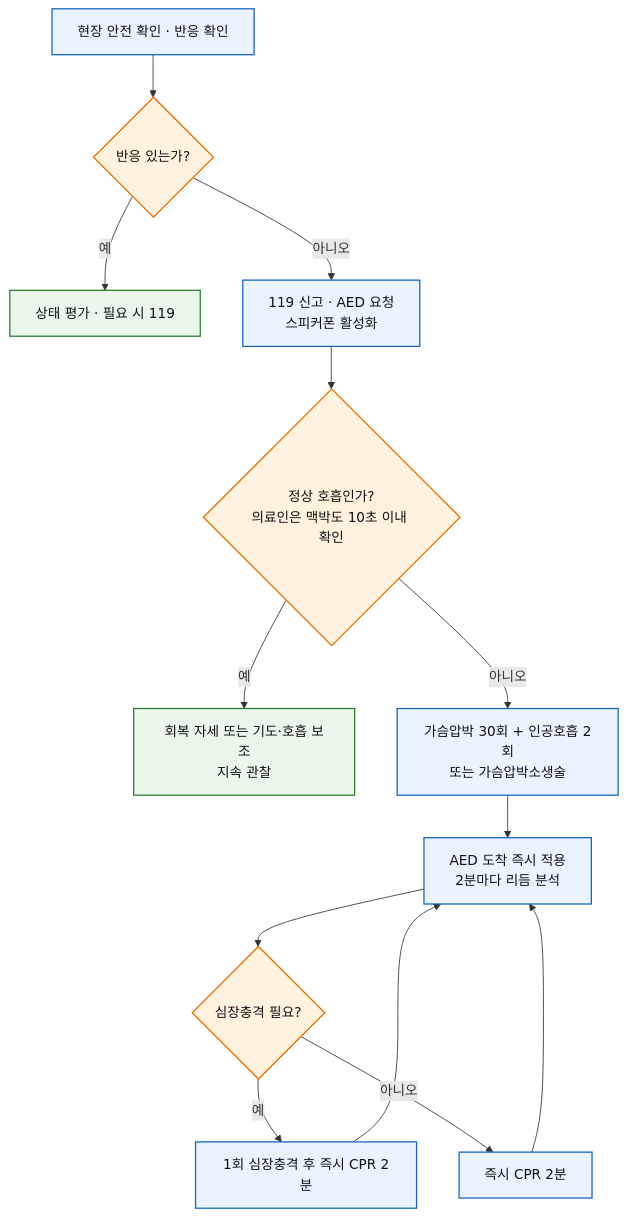
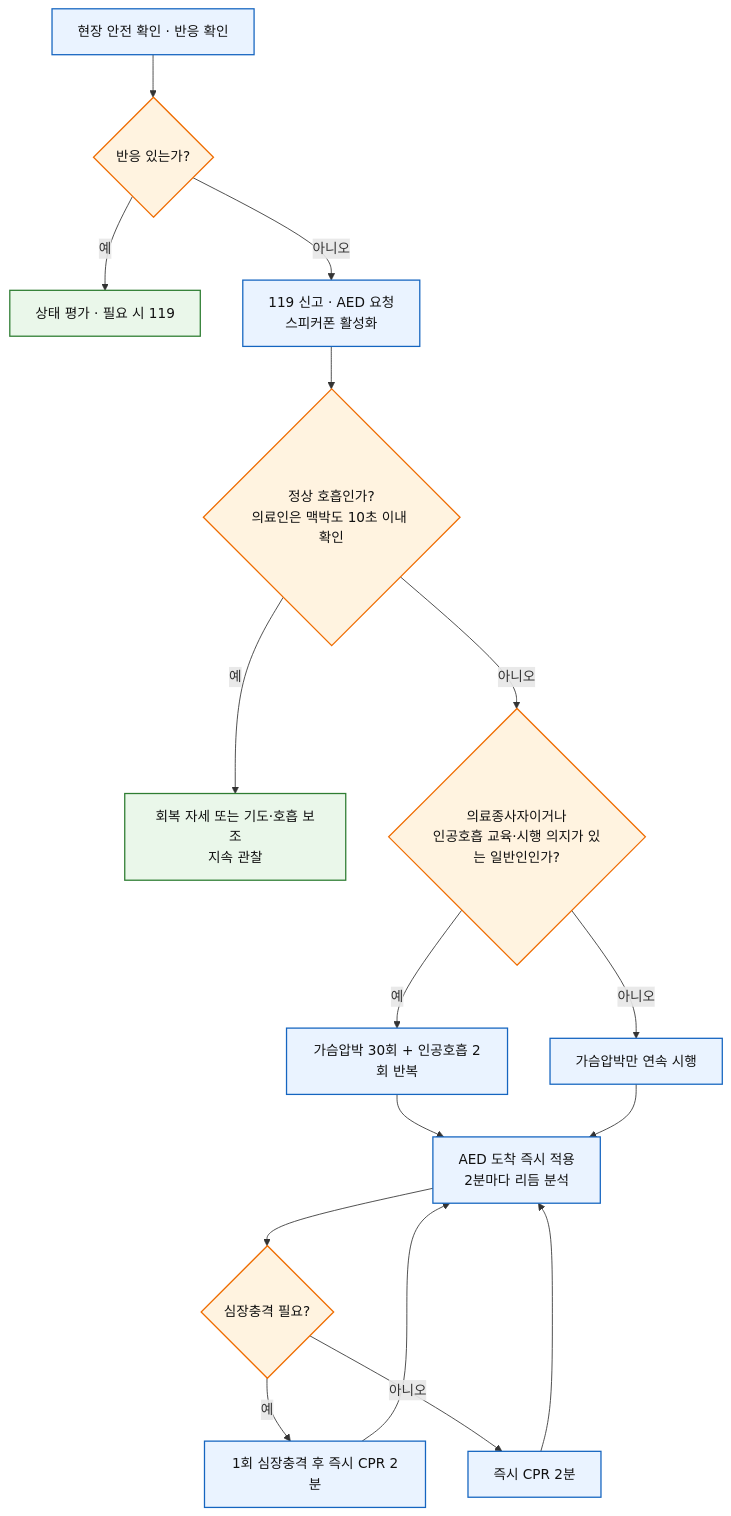
The first of 2 diagrams in 231_/211_1-cpr.md (familyoh77/familyoh77), drawn with Mermaid before and after one commit. The commit also changed other lines of this file, not shown here.

````diff
--- a/231_/211_1-cpr.md
+++ b/231_/211_1-cpr.md
@@ -64,22 +64,25 @@
 ```mermaid
 flowchart TD
     A["현장 안전 확인 · 반응 확인"] --> B{"반응 있는가?"}
     B -->|예| C["상태 평가 · 필요 시 119"]
     B -->|아니오| D["119 신고 · AED 요청<br/>스피커폰 활성화"]
     D --> E{"정상 호흡인가?<br/>의료인은 맥박도 10초 이내 확인"}
     E -->|예| F["회복 자세 또는 기도·호흡 보조<br/>지속 관찰"]
-    E -->|아니오| G["가슴압박 30회 + 인공호흡 2회<br/>또는 가슴압박소생술"]
-    G --> H["AED 도착 즉시 적용<br/>2분마다 리듬 분석"]
+    E -->|아니오| G{"의료종사자이거나<br/>인공호흡 교육·시행 의지가 있는 일반인인가?"}
+    G -->|예| G1["가슴압박 30회 + 인공호흡 2회 반복"]
+    G -->|아니오| G2["가슴압박만 연속 시행"]
+    G1 --> H["AED 도착 즉시 적용<br/>2분마다 리듬 분석"]
+    G2 --> H
     H --> I{"심장충격 필요?"}
     I -->|예| J["1회 심장충격 후 즉시 CPR 2분"]
     I -->|아니오| K["즉시 CPR 2분"]
     J --> H
     K --> H
     classDef danger fill:#FDECEC,stroke:#C62828,color:#111,stroke-width:2px;
     classDef action fill:#EAF3FF,stroke:#1565C0,color:#111,stroke-width:1.5px;
     classDef decision fill:#FFF3E0,stroke:#EF6C00,color:#111,stroke-width:1.5px;
     classDef disposition fill:#EAF7EA,stroke:#2E7D32,color:#111,stroke-width:1.5px;
-    class A,D,G,H,J,K action;
-    class B,E,I decision;
+    class A,D,G1,G2,H,J,K action;
+    class B,E,G,I decision;
     class C,F disposition;
 ```
````
